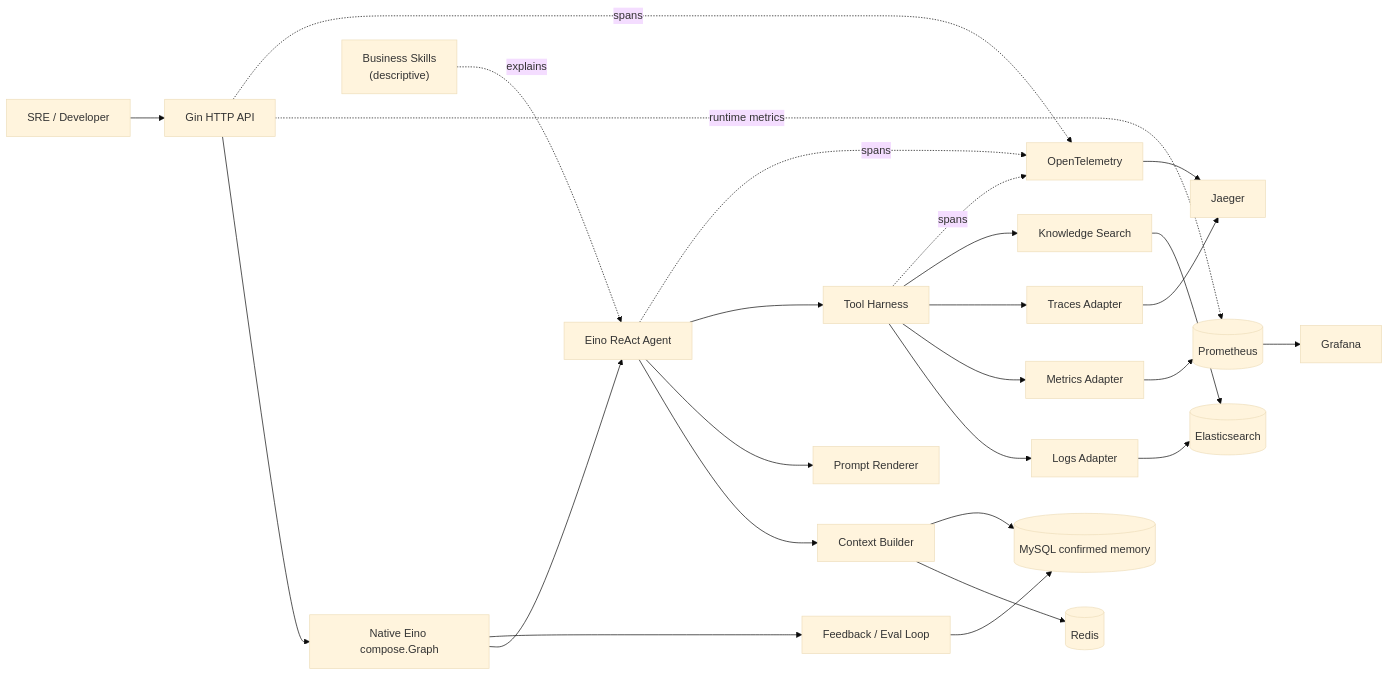
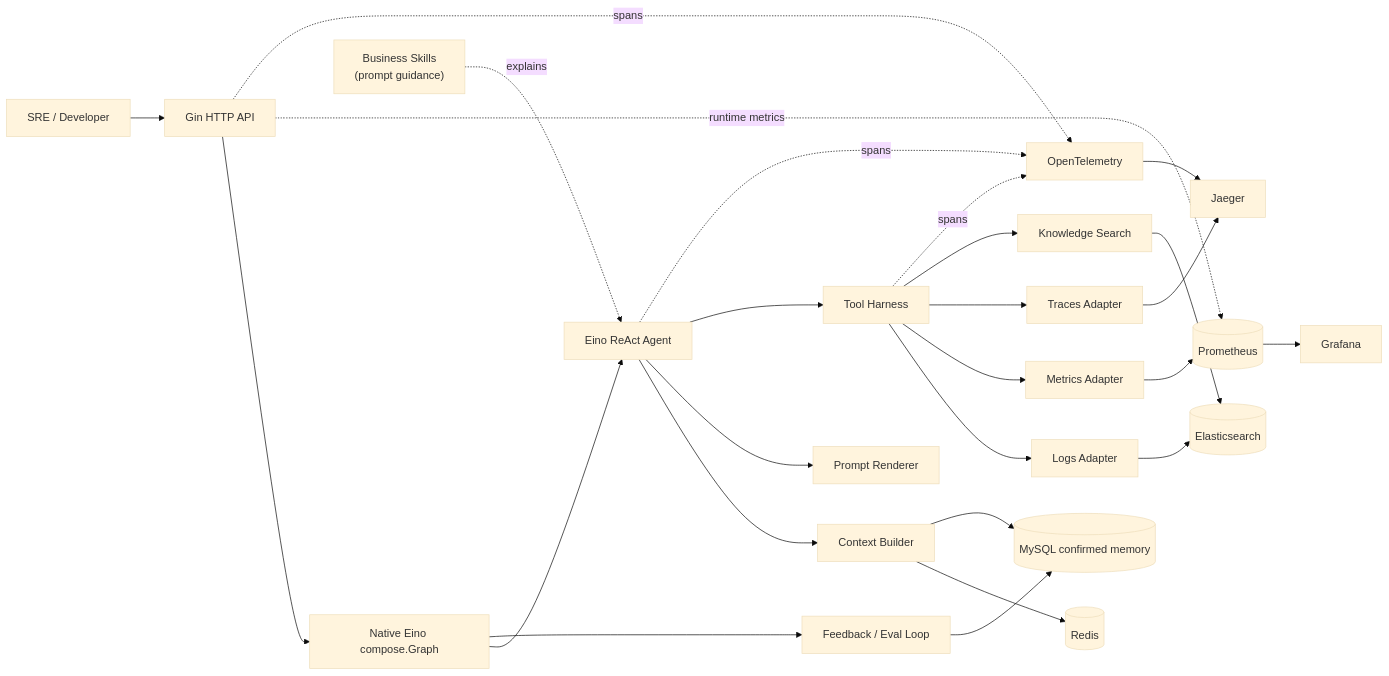
Before and after one commit to jiawei-wang-dev/WatchOps-Lite: the first of 3 diagrams in docs/ARCHITECTURE.md, drawn with Mermaid (base theme). The commit also changed other lines of this file and 7 other files, not shown here.

Commit message:
feat: add diagnostic skills to agent context

````diff
--- a/docs/ARCHITECTURE.md
+++ b/docs/ARCHITECTURE.md
@@ -7,28 +7,28 @@
 ```mermaid
 flowchart LR
     U["SRE / Developer"] --> API["Gin HTTP API"]
     API --> APP["Native Eino compose.Graph"]
     APP --> AGENT["Eino ReAct Agent"]
-    SKILLS["Business Skills<br/>(descriptive)"] -. explains .-> AGENT
+    SKILLS["Business Skills<br/>(prompt guidance)"] -. explains .-> AGENT
     AGENT --> CTX["Context Builder"]
     AGENT --> PROMPT["Prompt Renderer"]
     AGENT --> HARNESS["Tool Harness"]
     HARNESS --> LOGS["Logs Adapter"]
     HARNESS --> METRICS["Metrics Adapter"]
     HARNESS --> TRACES["Traces Adapter"]
     HARNESS --> RAG["Knowledge Search"]
     CTX --> REDIS[("Redis")]
     CTX --> MYSQL[("MySQL confirmed memory")]
     RAG --> ES[("Elasticsearch")]
     LOGS --> ES
     METRICS --> PROM[("Prometheus")]
     API -. runtime metrics .-> PROM
     PROM --> GRAFANA["Grafana"]
     TRACES --> JAEGER
     APP --> FEEDBACK["Feedback / Eval Loop"]
     FEEDBACK --> MYSQL
     API -. spans .-> OTEL["OpenTelemetry"]
     AGENT -. spans .-> OTEL
     HARNESS -. spans .-> OTEL
     OTEL --> JAEGER["Jaeger"]
 ```
````
